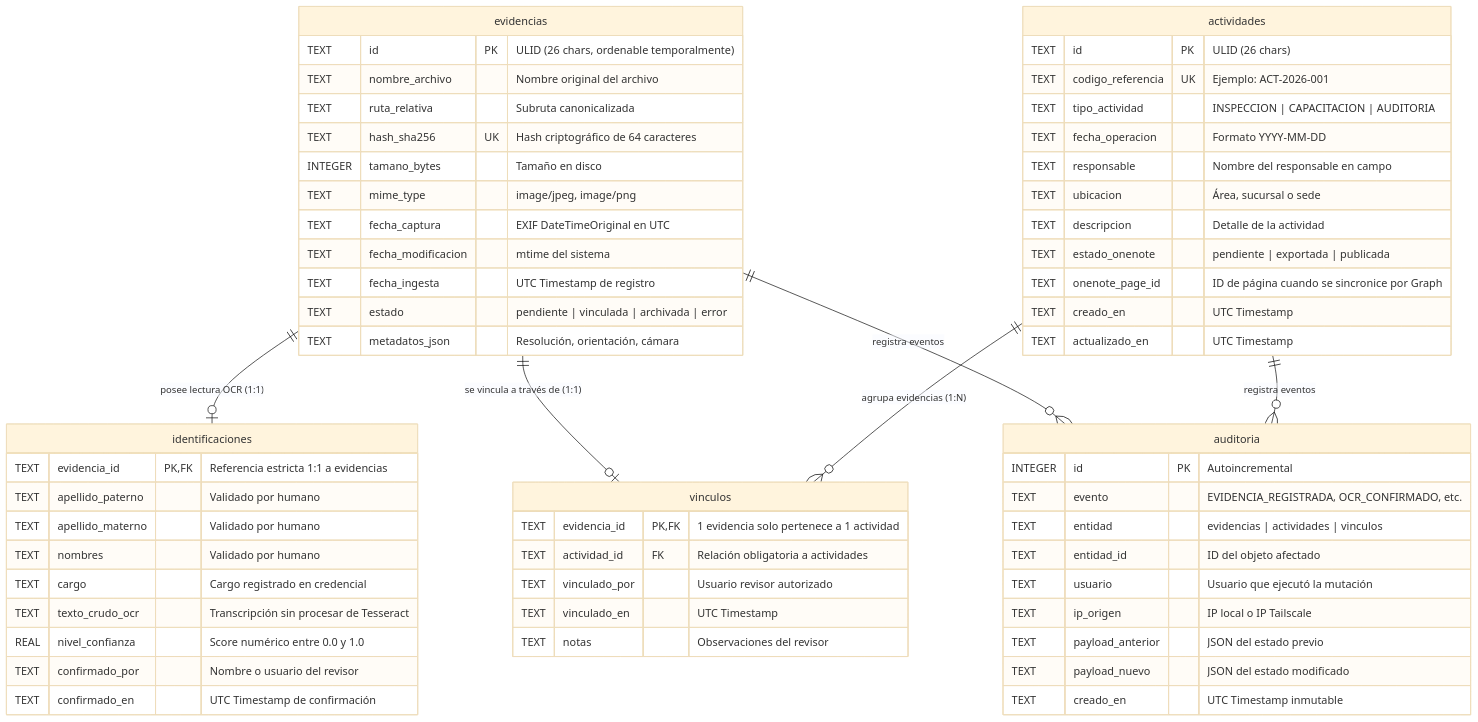
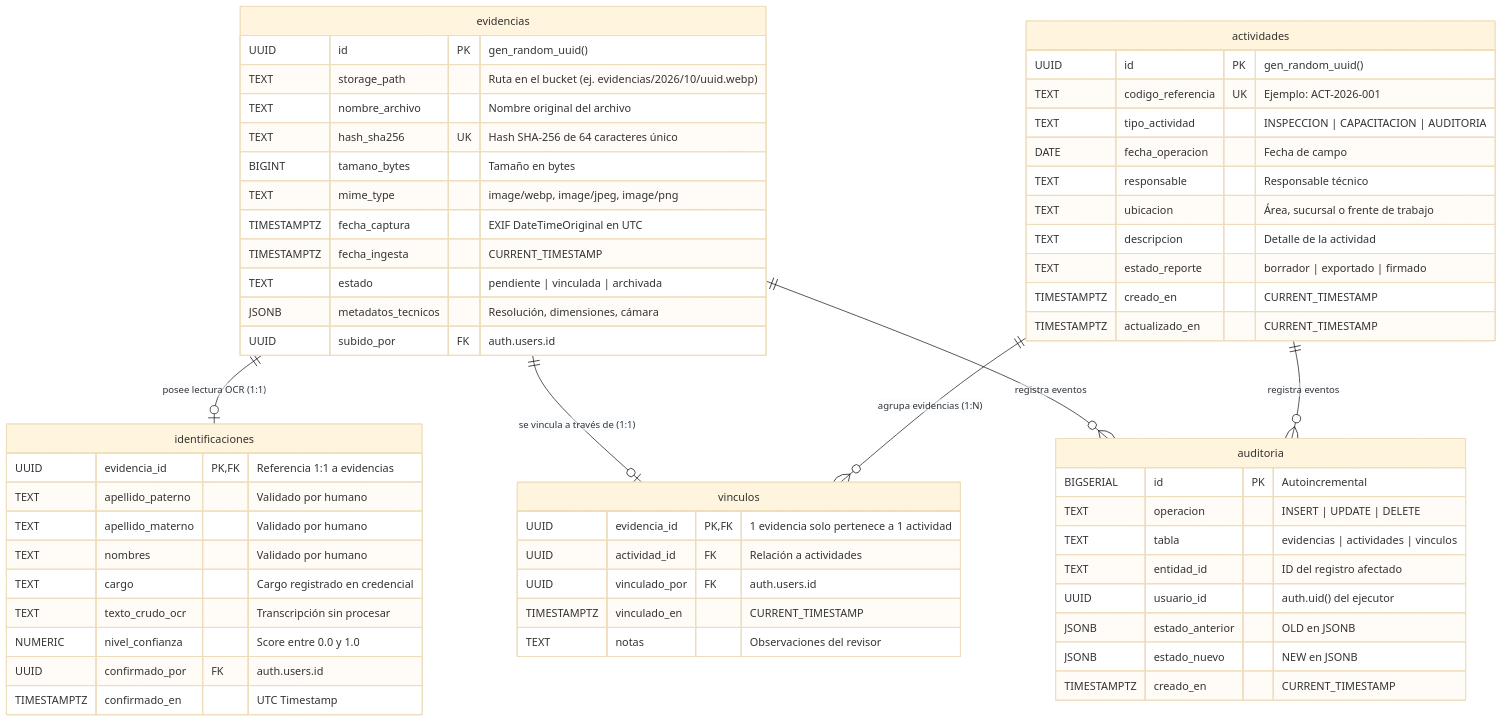
One commit to Tiburonchin/ELIS_5.vs2.2 changed the second of 3 diagrams in ARQUITECTURA_Y_ESPECIFICACION_MODERNA.md. Above: the diagram before and after it, drawn with Mermaid (base theme). The commit also changed other lines of this file, not shown here.

Commit message:
docs: actualizar arquitectura a ELIS 5.0 Cloud-Native (React PDF, Supabase Storage, Postgres RLS, Zero-Docker)

````diff
--- a/ARQUITECTURA_Y_ESPECIFICACION_MODERNA.md
+++ b/ARQUITECTURA_Y_ESPECIFICACION_MODERNA.md
@@ -273,68 +91,66 @@
 ```mermaid
 erDiagram
     evidencias ||--o| identificaciones : "posee lectura OCR (1:1)"
     evidencias ||--o| vinculos : "se vincula a través de (1:1)"
     actividades ||--o{ vinculos : "agrupa evidencias (1:N)"
     evidencias ||--o{ auditoria : "registra eventos"
     actividades ||--o{ auditoria : "registra eventos"
 
     evidencias {
-        TEXT id PK "ULID (26 chars, ordenable temporalmente)"
+        UUID id PK "gen_random_uuid()"
+        TEXT storage_path "Ruta en el bucket (ej. evidencias/2026/10/uuid.webp)"
         TEXT nombre_archivo "Nombre original del archivo"
-        TEXT ruta_relativa "Subruta canonicalizada"
-        TEXT hash_sha256 UK "Hash criptográfico de 64 caracteres"
-        INTEGER tamano_bytes "Tamaño en disco"
-        TEXT mime_type "image/jpeg, image/png"
-        TEXT fecha_captura "EXIF DateTimeOriginal en UTC"
-        TEXT fecha_modificacion "mtime del sistema"
-        TEXT fecha_ingesta "UTC Timestamp de registro"
-        TEXT estado "pendiente | vinculada | archivada | error"
-        TEXT metadatos_json "Resolución, orientación, cámara"
+        TEXT hash_sha256 UK "Hash SHA-256 de 64 caracteres único"
+        BIGINT tamano_bytes "Tamaño en bytes"
+        TEXT mime_type "image/webp, image/jpeg, image/png"
+        TIMESTAMPTZ fecha_captura "EXIF DateTimeOriginal en UTC"
+        TIMESTAMPTZ fecha_ingesta "CURRENT_TIMESTAMP"
+        TEXT estado "pendiente | vinculada | archivada"
+        JSONB metadatos_tecnicos "Resolución, dimensiones, cámara"
+        UUID subido_por FK "auth.users.id"
     }
 
     identificaciones {
-        TEXT evidencia_id PK, FK "Referencia estricta 1:1 a evidencias"
+        UUID evidencia_id PK, FK "Referencia 1:1 a evidencias"
         TEXT apellido_paterno "Validado por humano"
         TEXT apellido_materno "Validado por humano"
         TEXT nombres "Validado por humano"
         TEXT cargo "Cargo registrado en credencial"
-        TEXT texto_crudo_ocr "Transcripción sin procesar de Tesseract"
-        REAL nivel_confianza "Score numérico entre 0.0 y 1.0"
-        TEXT confirmado_por "Nombre o usuario del revisor"
-        TEXT confirmado_en "UTC Timestamp de confirmación"
+        TEXT texto_crudo_ocr "Transcripción sin procesar"
+        NUMERIC nivel_confianza "Score entre 0.0 y 1.0"
+        UUID confirmado_por FK "auth.users.id"
+        TIMESTAMPTZ confirmado_en "UTC Timestamp"
     }
 
     actividades {
-        TEXT id PK "ULID (26 chars)"
+        UUID id PK "gen_random_uuid()"
         TEXT codigo_referencia UK "Ejemplo: ACT-2026-001"
         TEXT tipo_actividad "INSPECCION | CAPACITACION | AUDITORIA"
-        TEXT fecha_operacion "Formato YYYY-MM-DD"
-        TEXT responsable "Nombre del responsable en campo"
-        TEXT ubicacion "Área, sucursal o sede"
+        DATE fecha_operacion "Fecha de campo"
+        TEXT responsable "Responsable técnico"
+        TEXT ubicacion "Área, sucursal o frente de trabajo"
         TEXT descripcion "Detalle de la actividad"
-        TEXT estado_onenote "pendiente | exportada | publicada"
-        TEXT onenote_page_id "ID de página cuando se sincronice por Graph"
-        TEXT creado_en "UTC Timestamp"
-        TEXT actualizado_en "UTC Timestamp"
+        TEXT estado_reporte "borrador | exportado | firmado"
+        TIMESTAMPTZ creado_en "CURRENT_TIMESTAMP"
+        TIMESTAMPTZ actualizado_en "CURRENT_TIMESTAMP"
     }
 
     vinculos {
-        TEXT evidencia_id PK, FK "1 evidencia solo pertenece a 1 actividad"
-        TEXT actividad_id FK "Relación obligatoria a actividades"
-        TEXT vinculado_por "Usuario revisor autorizado"
-        TEXT vinculado_en "UTC Timestamp"
+        UUID evidencia_id PK, FK "1 evidencia solo pertenece a 1 actividad"
+        UUID actividad_id FK "Relación a actividades"
+        UUID vinculado_por FK "auth.users.id"
+        TIMESTAMPTZ vinculado_en "CURRENT_TIMESTAMP"
         TEXT notas "Observaciones del revisor"
     }
 
     auditoria {
-        INTEGER id PK "Autoincremental"
-        TEXT evento "EVIDENCIA_REGISTRADA, OCR_CONFIRMADO, etc."
-        TEXT entidad "evidencias | actividades | vinculos"
-        TEXT entidad_id "ID del objeto afectado"
-        TEXT usuario "Usuario que ejecutó la mutación"
-        TEXT ip_origen "IP local o IP Tailscale"
-        TEXT payload_anterior "JSON del estado previo"
-        TEXT payload_nuevo "JSON del estado modificado"
-        TEXT creado_en "UTC Timestamp inmutable"
+        BIGSERIAL id PK "Autoincremental"
+        TEXT operacion "INSERT | UPDATE | DELETE"
+        TEXT tabla "evidencias | actividades | vinculos"
+        TEXT entidad_id "ID del registro afectado"
+        UUID usuario_id "auth.uid() del ejecutor"
+        JSONB estado_anterior "OLD en JSONB"
+        JSONB estado_nuevo "NEW en JSONB"
+        TIMESTAMPTZ creado_en "CURRENT_TIMESTAMP"
     }
 ```
````
